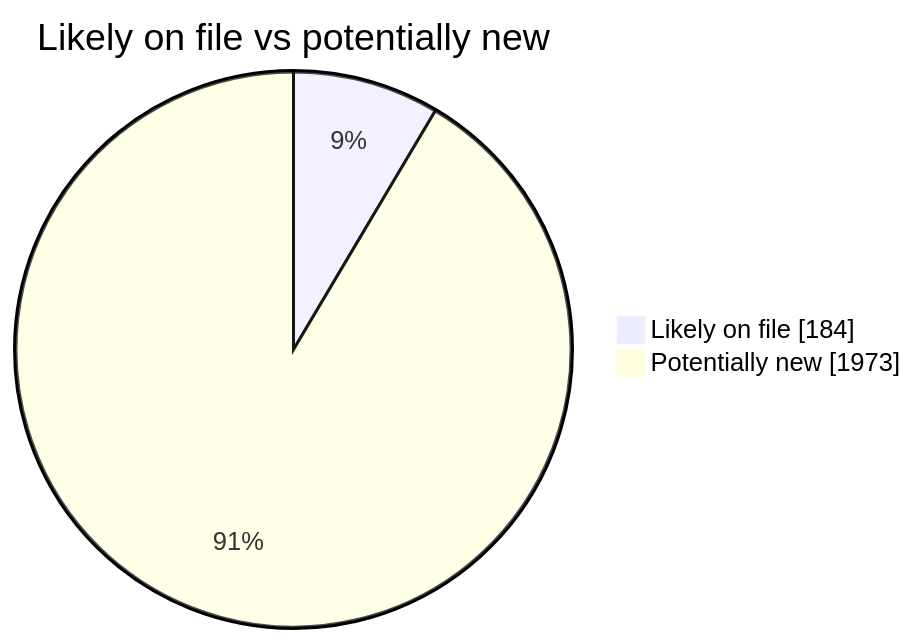
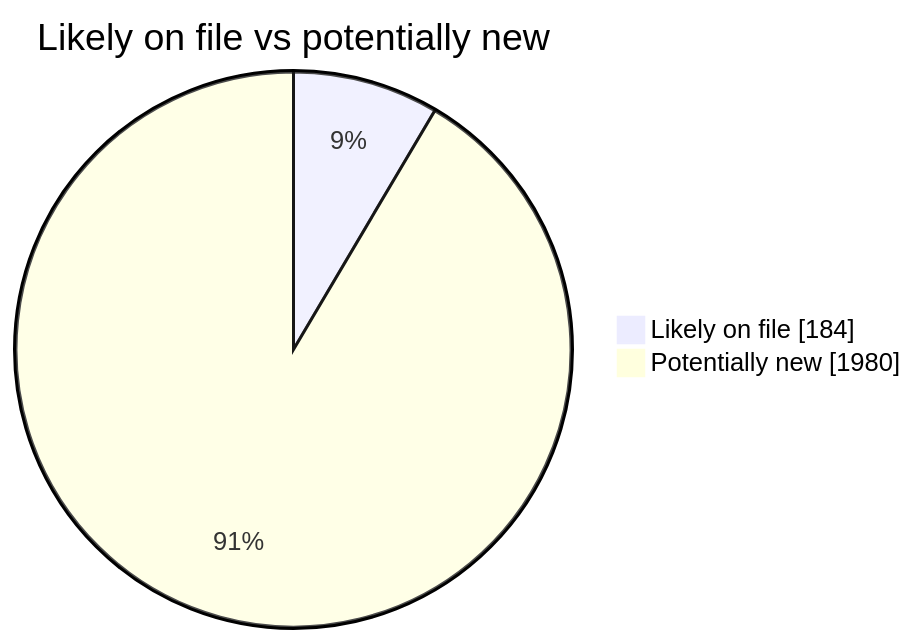
One commit to martinbalfanz/social-scanner-reports changed the second of 4 diagrams in README.md. Above: the diagram before and after it, drawn with Mermaid. The commit also changed other lines of this file and 4 other files, not shown here.

````diff
--- a/README.md
+++ b/README.md
@@ -40,5 +40,5 @@
 ```mermaid
 pie showData title Likely on file vs potentially new
     "Likely on file" : 184
-    "Potentially new" : 1973
+    "Potentially new" : 1980
 ```
````
